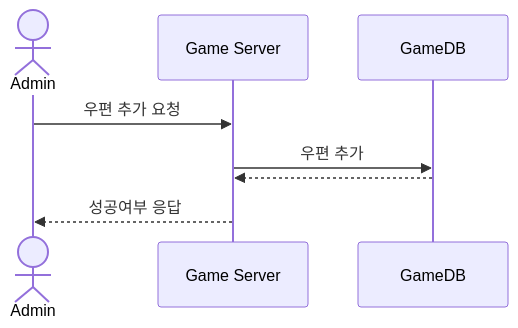
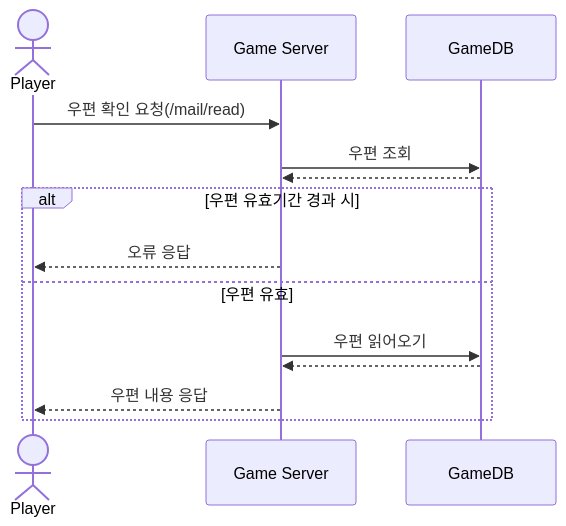
The second of 4 diagrams in SequenceDiagram/MailBox.md (yujinS0/Omok-Game), drawn with Mermaid before and after one commit. The commit also changed other lines of this file, not shown here.

````diff
--- a/SequenceDiagram/MailBox.md
+++ b/SequenceDiagram/MailBox.md
@@ -30,11 +28,18 @@
 ```mermaid
 sequenceDiagram
-	actor Admin
+	actor Player
 	participant Game Server
   	participant GameDB
 
-	Admin ->> Game Server : 우편 추가 요청
-	Game Server ->> GameDB : 우편 추가
+	Player ->> Game Server : 우편 확인 요청(/mail/read)
+	Game Server ->> GameDB : 우편 조회
 	GameDB -->> Game Server : 
-	Game Server -->> Admin : 성공여부 응답
+	alt 우편 유효기간 경과 시
+		Game Server -->> Player : 오류 응답
+	else 우편 유효
+		Game Server ->> GameDB : 우편 읽어오기
+		GameDB -->> Game Server : 
+	
+		Game Server -->> Player : 우편 내용 응답
+	end
 ```
````
